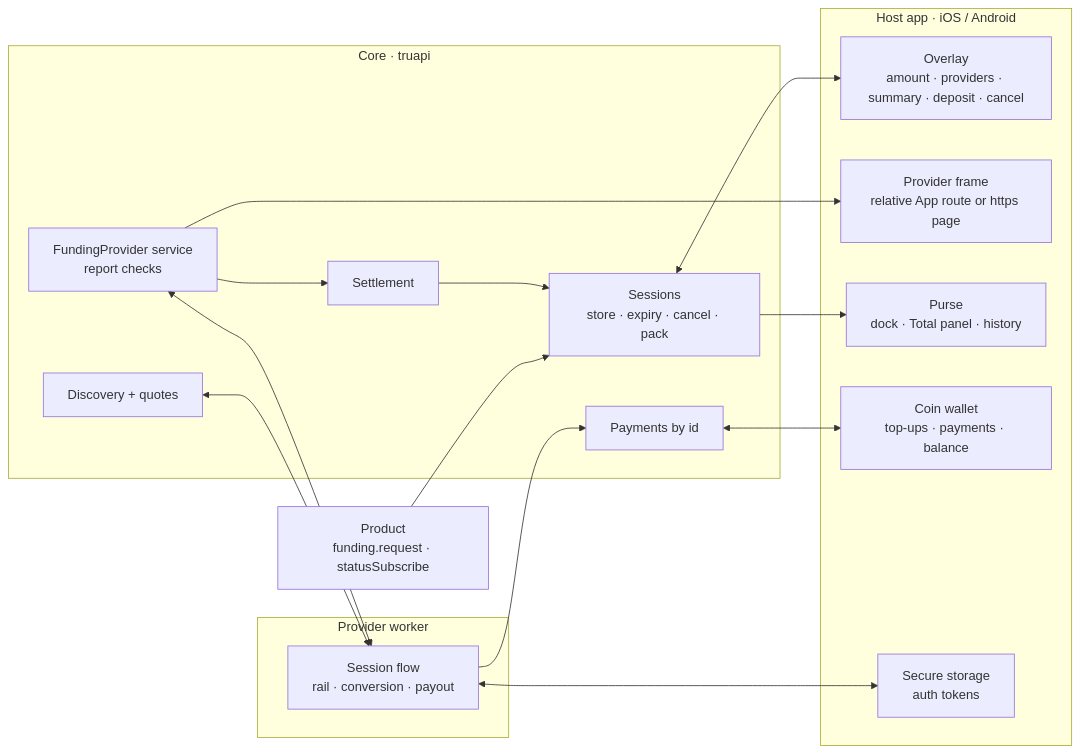
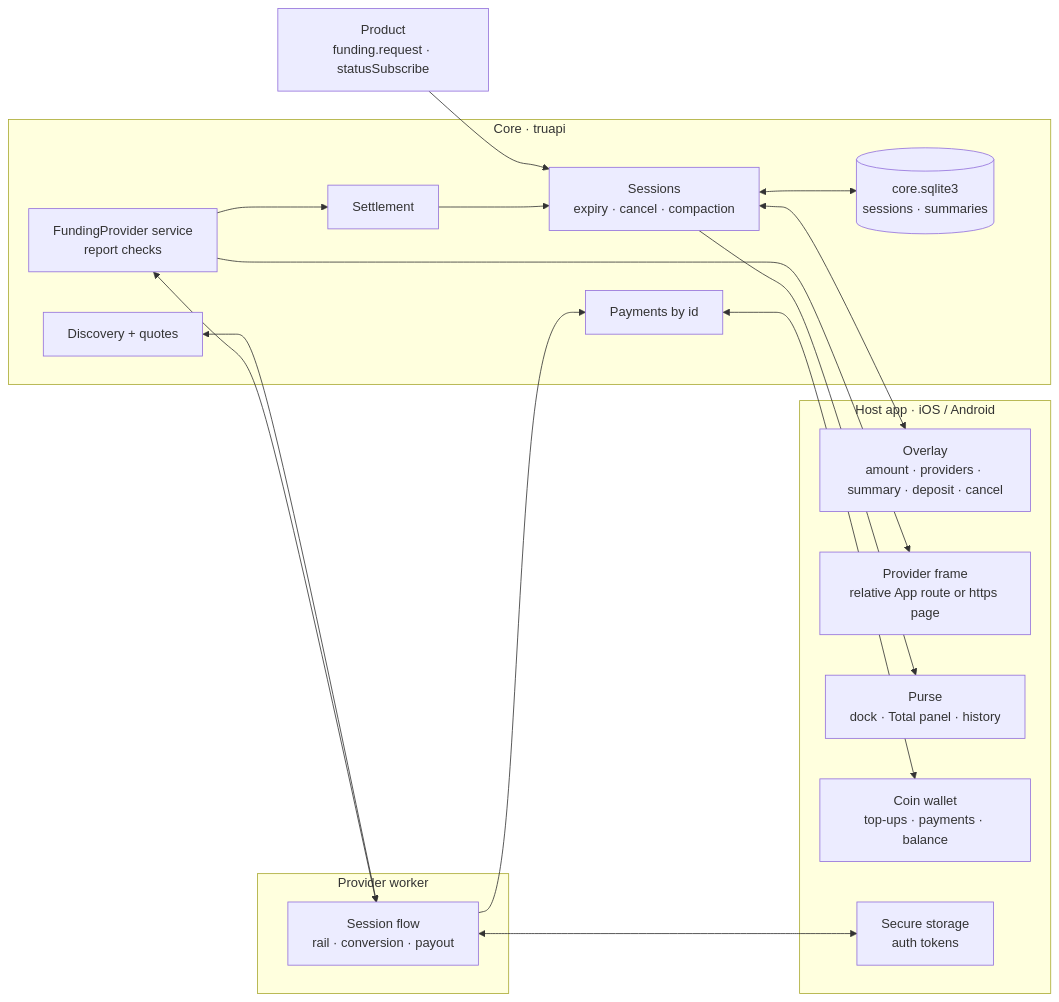
One commit to paritytech/trinity-user-agents changed the first of 8 diagrams in docs/design/funding-modality.md. Above: the diagram before and after it, drawn with Mermaid. The commit also changed other lines of this file, not shown here.

Commit message:
docs(design): funding sessions in the core database, restart reads it

````diff
--- a/docs/design/funding-modality.md
+++ b/docs/design/funding-modality.md
@@ -14,35 +15,37 @@
 ```mermaid
 flowchart LR
   product["Product<br/>funding.request · statusSubscribe"]
 
   subgraph HOST["Host app · iOS / Android"]
     overlay["Overlay<br/>amount · providers · summary · deposit · cancel"]
     frame["Provider frame<br/>relative App route or https page"]
     purse["Purse<br/>dock · Total panel · history"]
     wallet["Coin wallet<br/>top-ups · payments · balance"]
     secure["Secure storage<br/>auth tokens"]
   end
 
   subgraph CORE["Core · truapi"]
-    sessions["Sessions<br/>store · expiry · cancel · pack"]
+    sessions["Sessions<br/>expiry · cancel · compaction"]
+    db[("core.sqlite3<br/>sessions · summaries")]
     quotes["Discovery + quotes"]
     provider["FundingProvider service<br/>report checks"]
     settle["Settlement"]
     payments["Payments by id"]
   end
 
   subgraph WORKER["Provider worker"]
     flow["Session flow<br/>rail · conversion · payout"]
   end
 
   product --> sessions
+  sessions <--> db
   sessions <--> overlay
   sessions --> purse
   quotes <--> flow
   provider <--> flow
   provider --> frame
   flow --> payments
   payments <--> wallet
   provider --> settle --> sessions
   flow <--> secure
 ```
````
